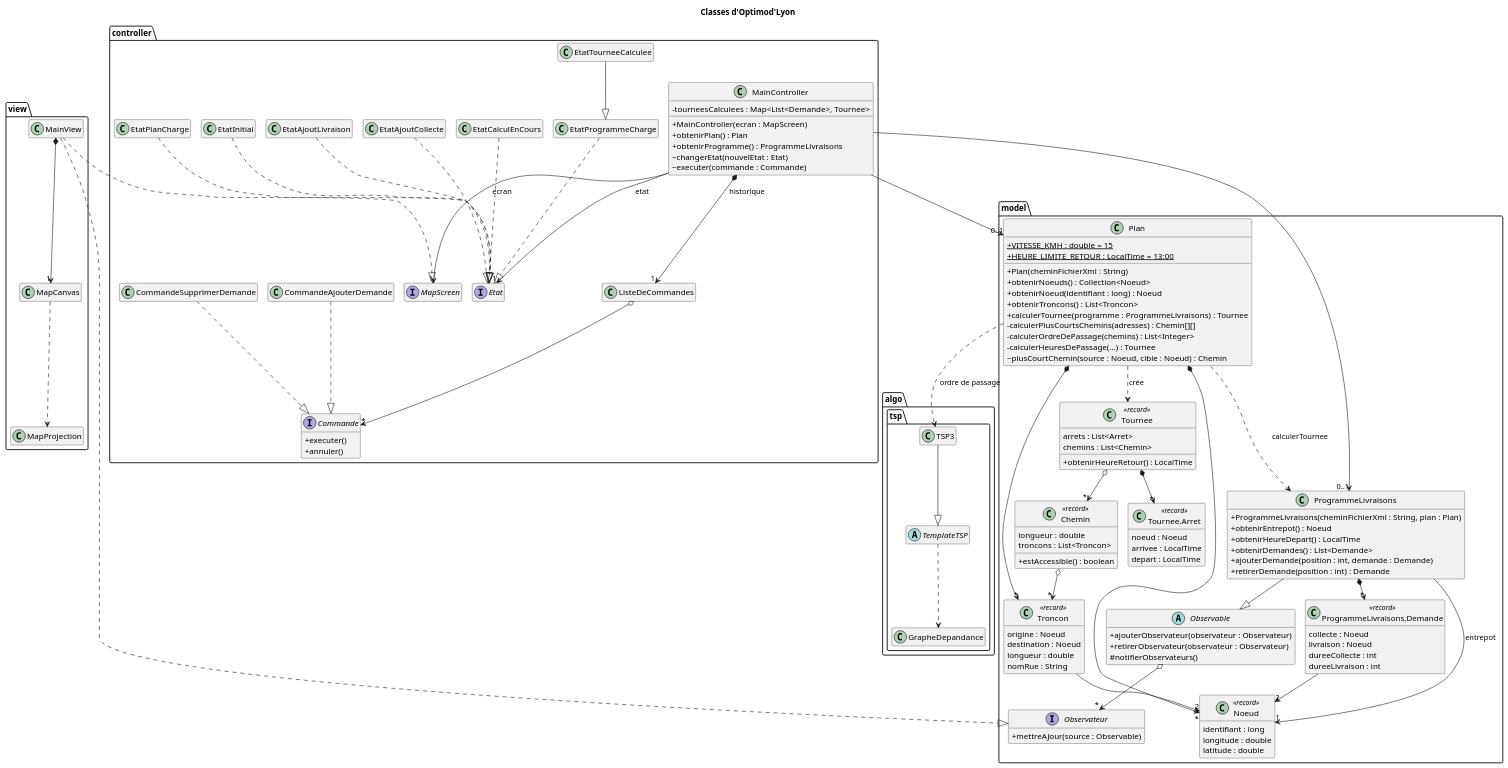
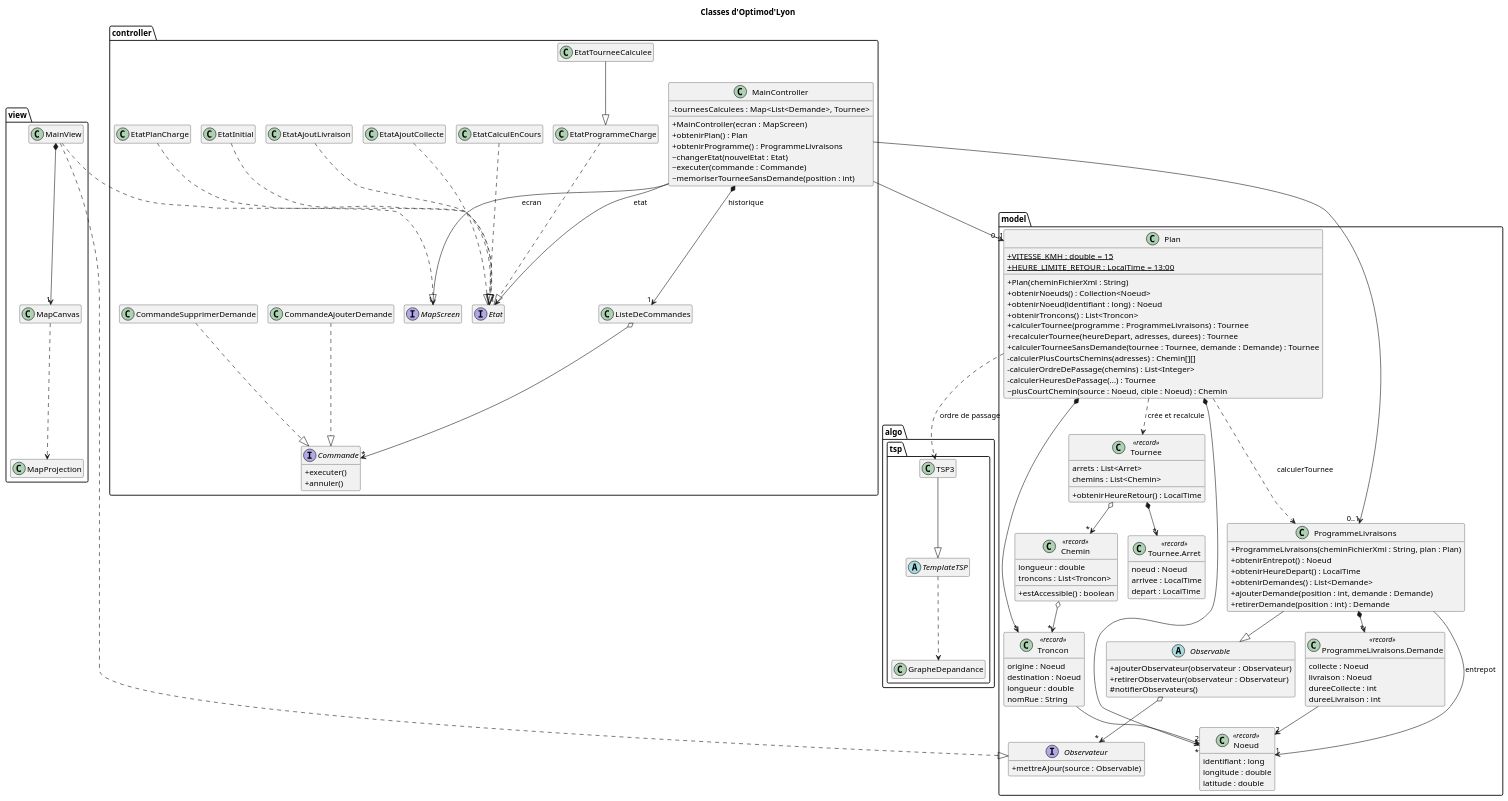
Before and after one commit to tristanhp/Optimod-Lyon: the diagram in docs/diagrams/classes.puml, drawn with PlantUML. The commit also changed 6 other files, not shown here.

```diff
--- a/docs/diagrams/classes.puml
+++ b/docs/diagrams/classes.puml
@@ -1,147 +1,150 @@
 @startuml classes
 !pragma layout smetana
 title Classes d'Optimod'Lyon
 skinparam classAttributeIconSize 0
 hide empty members
 
 package "model" {
   class Plan {
     +{static} VITESSE_KMH : double = 15
     +{static} HEURE_LIMITE_RETOUR : LocalTime = 13:00
     +Plan(cheminFichierXml : String)
     +obtenirNoeuds() : Collection<Noeud>
     +obtenirNoeud(identifiant : long) : Noeud
     +obtenirTroncons() : List<Troncon>
     +calculerTournee(programme : ProgrammeLivraisons) : Tournee
+    +recalculerTournee(heureDepart, adresses, durees) : Tournee
+    +calculerTourneeSansDemande(tournee : Tournee, demande : Demande) : Tournee
     -calculerPlusCourtsChemins(adresses) : Chemin[][]
     -calculerOrdreDePassage(chemins) : List<Integer>
     -calculerHeuresDePassage(...) : Tournee
     ~plusCourtChemin(source : Noeud, cible : Noeud) : Chemin
   }
   class Noeud <<record>> {
     identifiant : long
     longitude : double
     latitude : double
   }
   class Troncon <<record>> {
     origine : Noeud
     destination : Noeud
     longueur : double
     nomRue : String
   }
   class Chemin <<record>> {
     longueur : double
     troncons : List<Troncon>
     +estAccessible() : boolean
   }
   abstract class Observable {
     +ajouterObservateur(observateur : Observateur)
     +retirerObservateur(observateur : Observateur)
     #notifierObservateurs()
   }
   interface Observateur {
     +mettreAJour(source : Observable)
   }
   class ProgrammeLivraisons {
     +ProgrammeLivraisons(cheminFichierXml : String, plan : Plan)
     +obtenirEntrepot() : Noeud
     +obtenirHeureDepart() : LocalTime
     +obtenirDemandes() : List<Demande>
     +ajouterDemande(position : int, demande : Demande)
     +retirerDemande(position : int) : Demande
   }
   class "ProgrammeLivraisons.Demande" as Demande <<record>> {
     collecte : Noeud
     livraison : Noeud
     dureeCollecte : int
     dureeLivraison : int
   }
   class Tournee <<record>> {
     arrets : List<Arret>
     chemins : List<Chemin>
     +obtenirHeureRetour() : LocalTime
   }
   class "Tournee.Arret" as Arret <<record>> {
     noeud : Noeud
     arrivee : LocalTime
     depart : LocalTime
   }
 }
 
 package "algo.tsp" {
   abstract class TemplateTSP
   class TSP3
   class GrapheDepandance
 }
 
 package "controller" {
   class MainController {
     +MainController(ecran : MapScreen)
     +obtenirPlan() : Plan
     +obtenirProgramme() : ProgrammeLivraisons
     ~changerEtat(nouvelEtat : Etat)
     ~executer(commande : Commande)
+    ~memoriserTourneeSansDemande(position : int)
     -tourneesCalculees : Map<List<Demande>, Tournee>
   }
   interface MapScreen
   interface Etat
   class EtatInitial
   class EtatPlanCharge
   class EtatProgrammeCharge
   class EtatTourneeCalculee
   class EtatCalculEnCours
   class EtatAjoutCollecte
   class EtatAjoutLivraison
   interface Commande {
     +executer()
     +annuler()
   }
   class ListeDeCommandes
   class CommandeAjouterDemande
   class CommandeSupprimerDemande
 }
 
 package "view" {
   class MainView
   class MapCanvas
   class MapProjection
 }
 
 Plan *--> "*" Noeud
 Plan *--> "*" Troncon
 Troncon --> "2" Noeud
 Chemin o--> "*" Troncon
 Plan ..> ProgrammeLivraisons : calculerTournee
-Plan ..> Tournee : crée
+Plan ..> Tournee : crée et recalcule
 Plan ..> TSP3 : ordre de passage
 TSP3 --|> TemplateTSP
 TemplateTSP ..> GrapheDepandance
 ProgrammeLivraisons --|> Observable
 Observable o--> "*" Observateur
 ProgrammeLivraisons *--> "*" Demande
 ProgrammeLivraisons --> "1" Noeud : entrepot
 Demande --> "2" Noeud
 Tournee *--> "*" Arret
 Tournee o--> "*" Chemin
 
 MainController --> "1" MapScreen : ecran
 MainController --> "1" Etat : etat
 MainController *--> "1" ListeDeCommandes : historique
 MainController --> "0..1" Plan
 MainController --> "0..1" ProgrammeLivraisons
 EtatInitial ..|> Etat
 EtatPlanCharge ..|> Etat
 EtatProgrammeCharge ..|> Etat
 EtatTourneeCalculee --|> EtatProgrammeCharge
 EtatCalculEnCours ..|> Etat
 EtatAjoutCollecte ..|> Etat
 EtatAjoutLivraison ..|> Etat
 ListeDeCommandes o--> "*" Commande
 CommandeAjouterDemande ..|> Commande
 CommandeSupprimerDemande ..|> Commande
 
 MainView ..|> MapScreen
 MainView ..|> Observateur
 MainView *--> "1" MapCanvas
 MapCanvas ..> MapProjection
 @enduml
```
